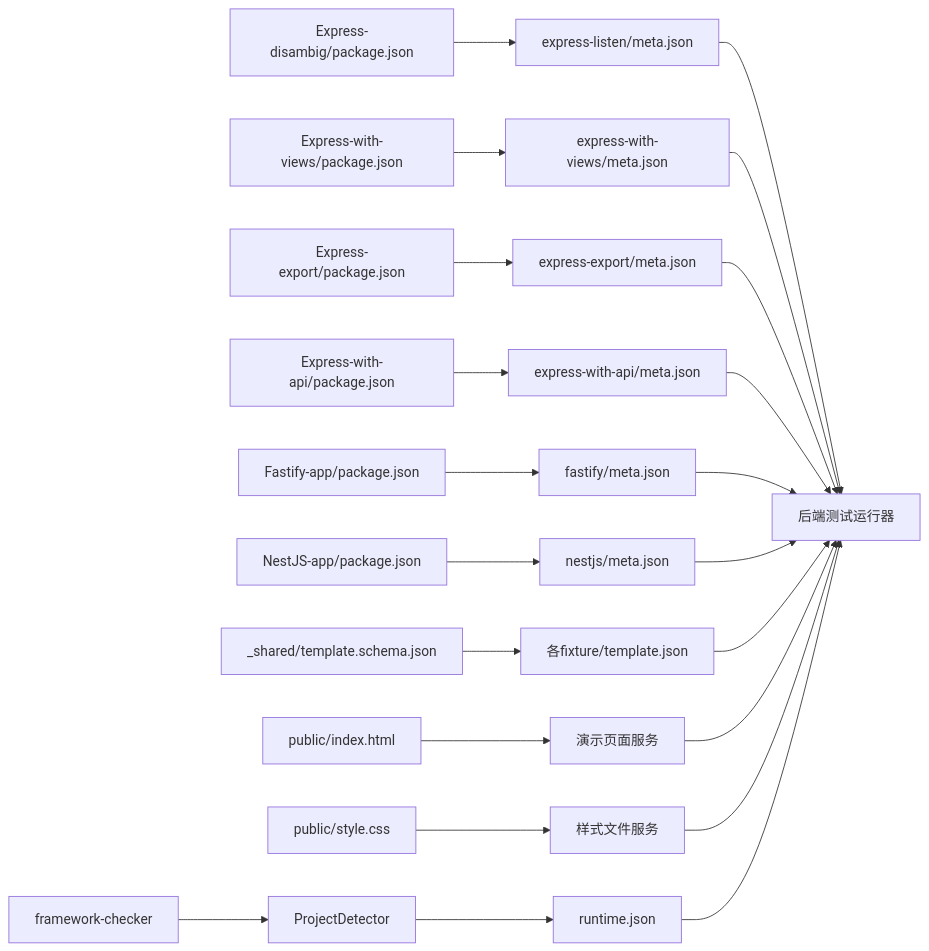
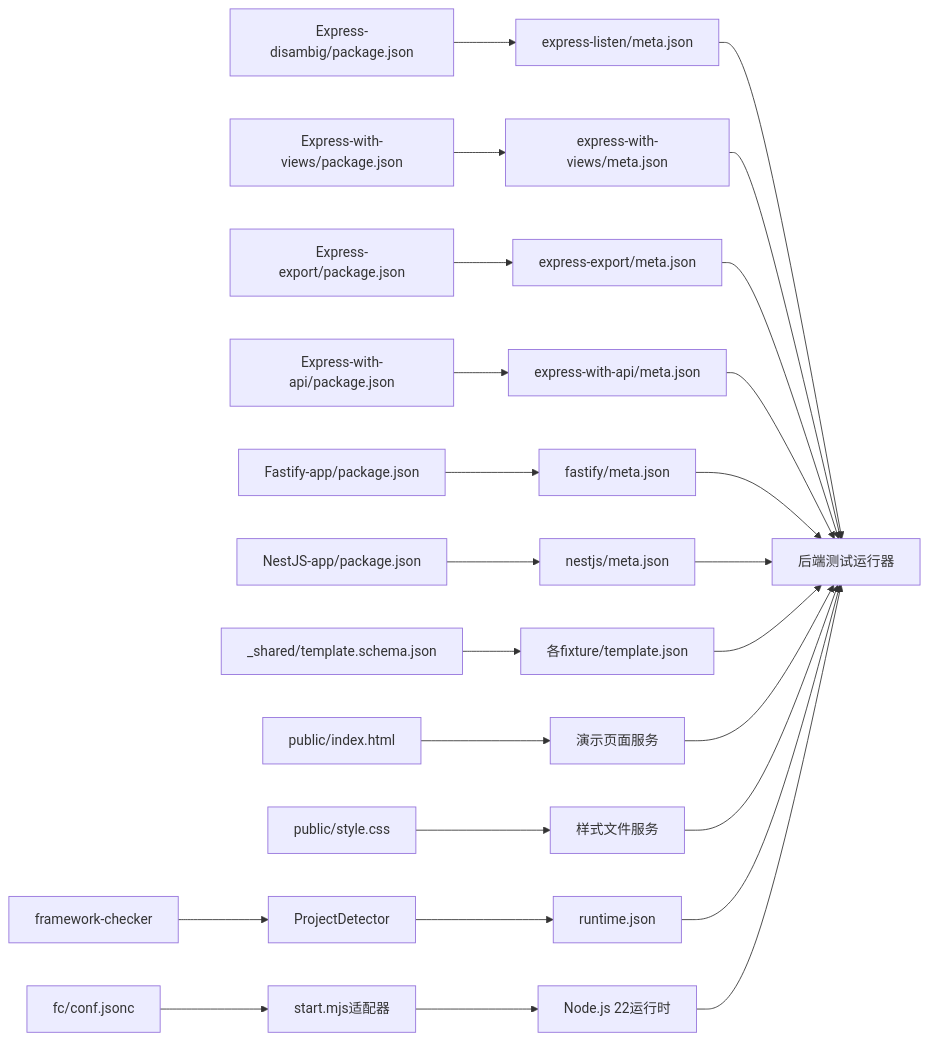
Diagram 11 of 11 in .qoder/repowiki/zh/content/后端框架测试/后端框架测试.md (esa-sp/test-for-aone-ci), drawn with Mermaid before and after one commit. The commit also changed other lines of this file and 51 other files, not shown here.

````diff
--- a/.qoder/repowiki/zh/content/后端框架测试/后端框架测试.md
+++ b/.qoder/repowiki/zh/content/后端框架测试/后端框架测试.md
@@ -441,24 +525,27 @@
 ```mermaid
 graph LR
 P1["Express-disambig/package.json"] --> F1["express-listen/meta.json"]
 P2["Express-with-views/package.json"] --> F2["express-with-views/meta.json"]
 P3["Express-export/package.json"] --> F3["express-export/meta.json"]
 P4["Express-with-api/package.json"] --> F4["express-with-api/meta.json"]
 P5["Fastify-app/package.json"] --> F5["fastify/meta.json"]
 P6["NestJS-app/package.json"] --> F6["nestjs/meta.json"]
 T1["_shared/template.schema.json"] --> T2["各fixture/template.json"]
 S1["public/index.html"] --> S2["演示页面服务"]
 S3["public/style.css"] --> S4["样式文件服务"]
 FC["framework-checker"] --> RD["ProjectDetector"]
 RD --> RT["runtime.json"]
+FCF["fc/conf.jsonc"] --> FCA["start.mjs适配器"]
+FCA --> RN["Node.js 22运行时"]
 F1 --> R["后端测试运行器"]
 F2 --> R
 F3 --> R
 F4 --> R
 F5 --> R
 F6 --> R
 T2 --> R
 S2 --> R
 S4 --> R
 RT --> R
+RN --> R
 ```
````
